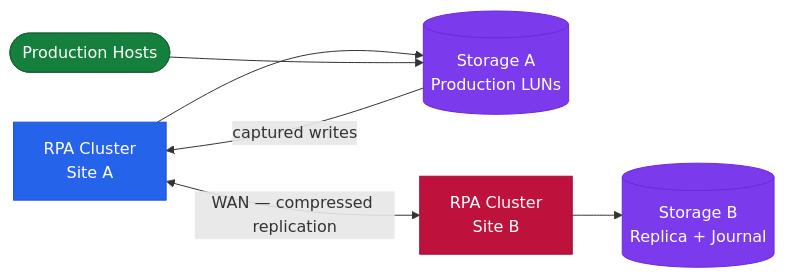
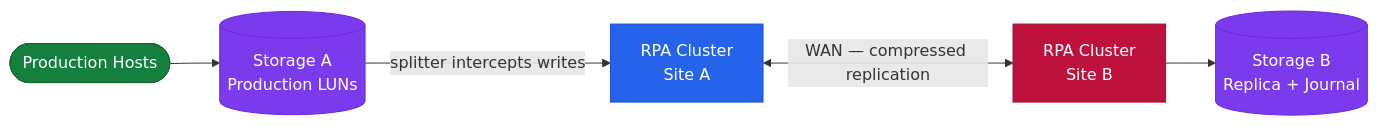
Before and after one commit to canast01/chris-kb: the diagram in docs/disaster-recovery/recoverpoint/architecture/index.md, drawn with Mermaid. The commit also changed other lines of this file and 57 other files, not shown here.

````diff
--- a/docs/disaster-recovery/recoverpoint/architecture/index.md
+++ b/docs/disaster-recovery/recoverpoint/architecture/index.md
@@ -19,16 +19,15 @@
 ```mermaid
 graph LR
-  RPA1["RPA Cluster\nSite A"] --> STG_A[("Storage A\nProduction LUNs")]
-  RPA2["RPA Cluster\nSite B"] --> STG_B[("Storage B\nReplica + Journal")]
-  RPA1 <-->|"WAN — compressed replication"| RPA2
-  STG_A -->|"captured writes"| RPA1
-  H_A(["Production Hosts"]) --> STG_A
+  H_A(["Production Hosts"]) --> STG_A[("Storage A\nProduction LUNs")]
+  STG_A -->|"splitter intercepts writes"| RPA1["RPA Cluster\nSite A"]
+  RPA1 <-->|"WAN — compressed replication"| RPA2["RPA Cluster\nSite B"]
+  RPA2 --> STG_B[("Storage B\nReplica + Journal")]
   classDef ctrl fill:#2563eb,stroke:#1d4ed8,color:#fff
   classDef dr fill:#be123c,stroke:#9f1239,color:#fff
   classDef store fill:#7c3aed,stroke:#6d28d9,color:#fff
   classDef host fill:#15803d,stroke:#166534,color:#fff
   class RPA1 ctrl
   class RPA2 dr
   class STG_A,STG_B store
   class H_A host
 ```
````
